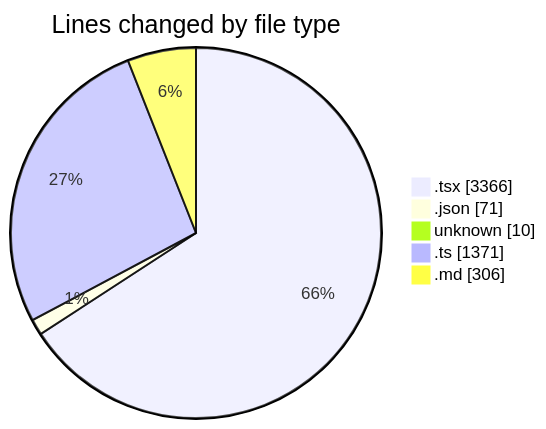
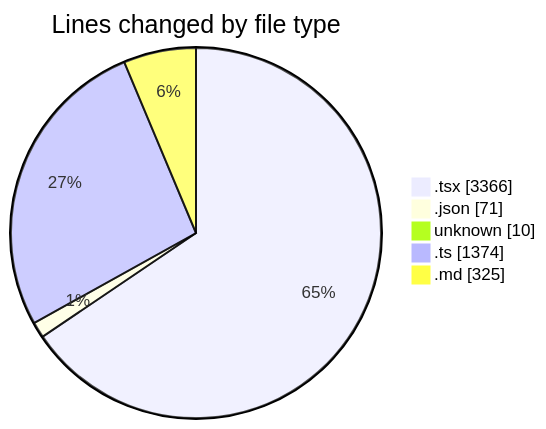
The first of 2 diagrams in 2025-01-03/tinycms/README.md (ernivani/code-tracking), drawn with Mermaid before and after one commit. The commit also changed other lines of this file and 2 other files, not shown here.

````diff
--- a/2025-01-03/tinycms/README.md
+++ b/2025-01-03/tinycms/README.md
@@ -40,9 +41,9 @@
 ```mermaid
 pie showData
 title Lines changed by file type
 ".tsx" : 3366
 ".json" : 71
 "unknown" : 10
-".ts" : 1371
-".md" : 306
+".ts" : 1374
+".md" : 325
 ```
````
